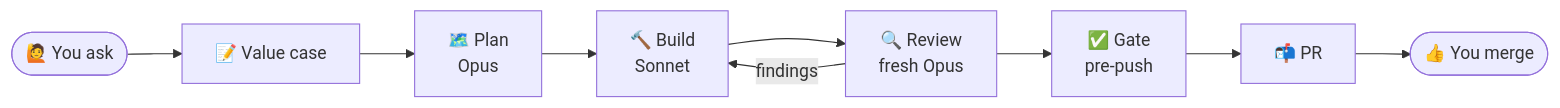
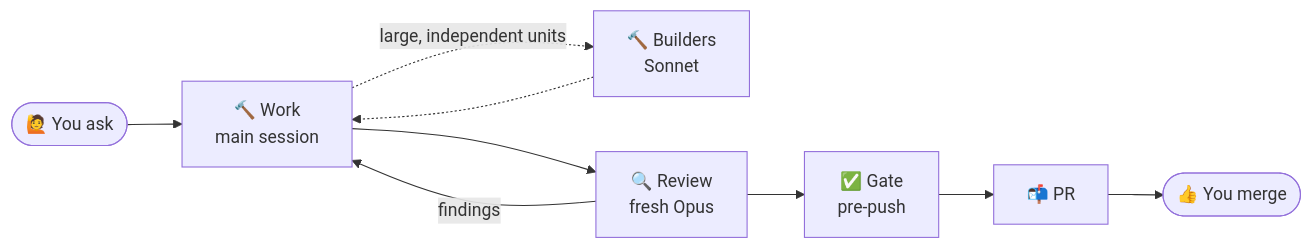
The second of 2 diagrams in README.md (kolin-HJ/Kolin-Skills), drawn with Mermaid before and after one commit. The commit also changed other lines of this file and 18 other files, not shown here.

````diff
--- a/README.md
+++ b/README.md
@@ -55,11 +55,11 @@
 ```mermaid
 flowchart LR
-  ask([🙋 You ask]) --> value[📝 Value case]
-  value --> plan[🗺️ Plan<br/>Opus]
-  plan --> build[🔨 Build<br/>Sonnet]
-  build --> review[🔍 Review<br/>fresh Opus]
-  review -- findings --> build
+  ask([🙋 You ask]) --> work[🔨 Work<br/>main session]
+  work -. large, independent units .-> build[🔨 Builders<br/>Sonnet]
+  build -.-> work
+  work --> review[🔍 Review<br/>fresh Opus]
+  review -- findings --> work
   review --> gate[✅ Gate<br/>pre-push]
   gate --> pr[📬 PR]
   pr --> merge([👍 You merge])
 ```
````
